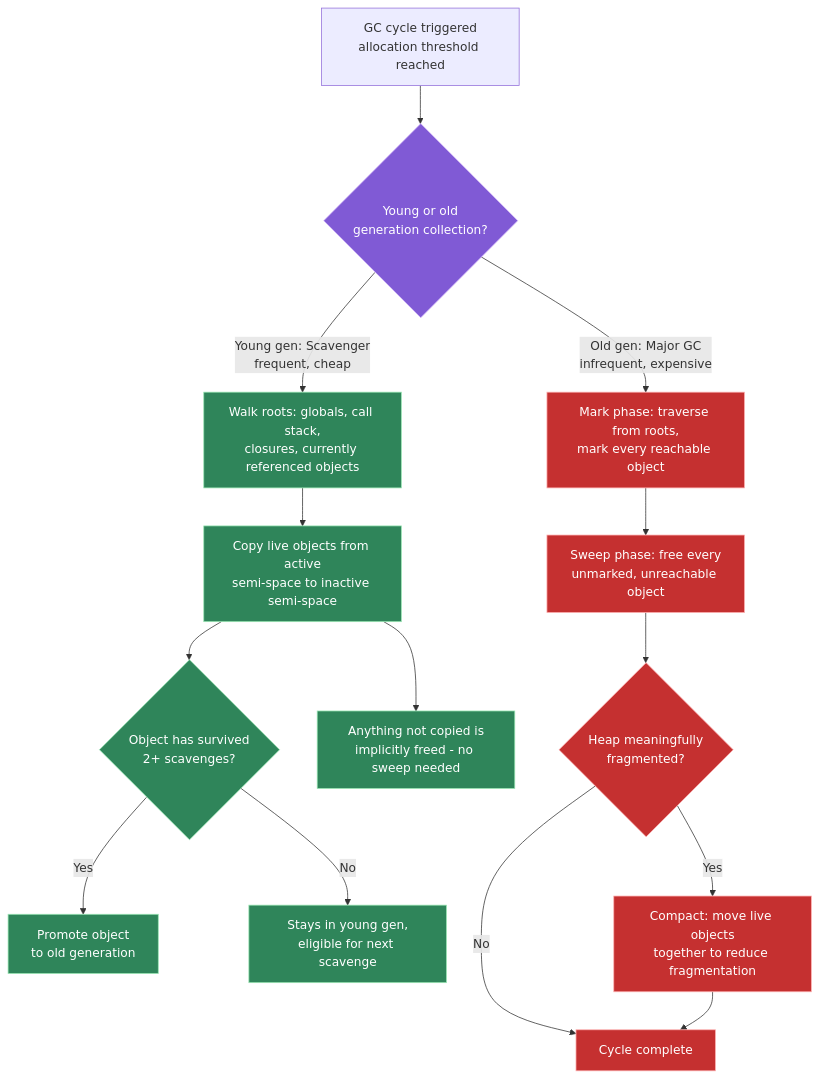
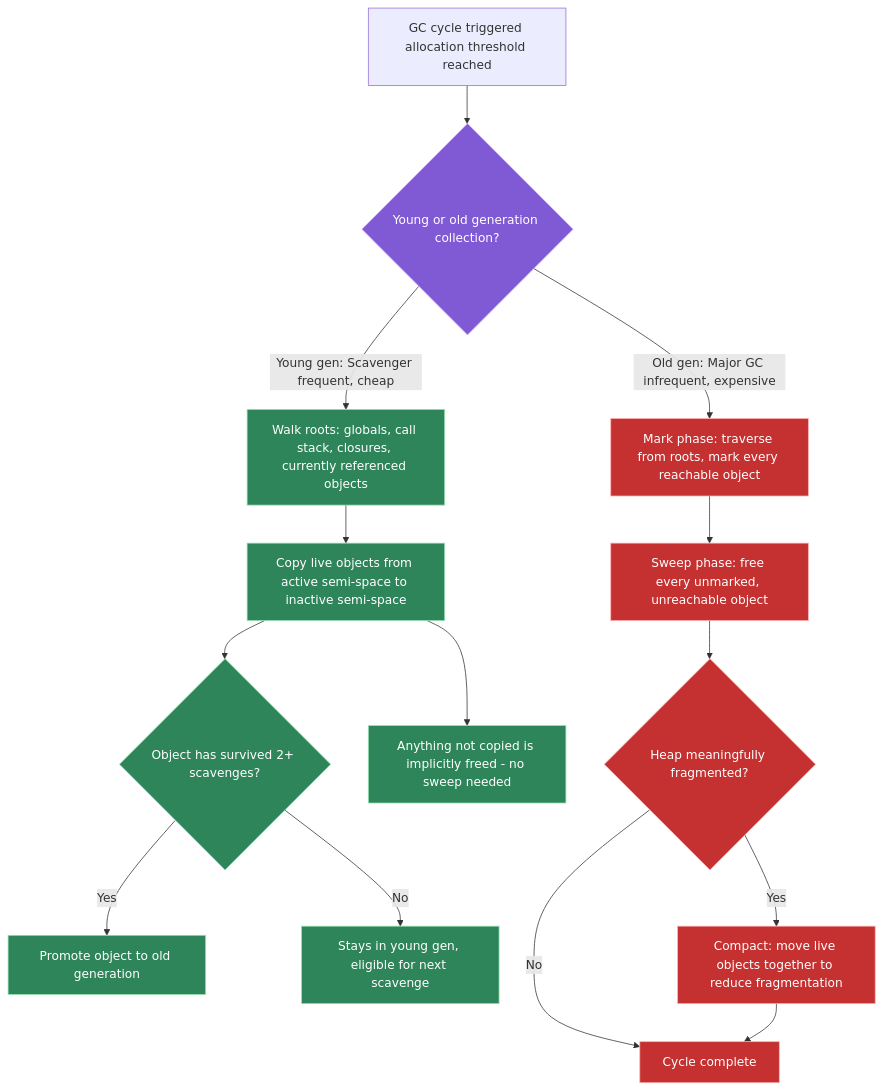
One commit to vinayakhumberi/litmus changed the first of 2 diagrams in data/topics/memory-management-gc.md. Above: the diagram before and after it, drawn with Mermaid. The commit also changed 68 other files, not shown here.

````diff
--- a/data/topics/memory-management-gc.md
+++ b/data/topics/memory-management-gc.md
@@ -103,24 +103,24 @@
 ```mermaid
 graph TD
-    A["GC cycle triggered<br>allocation threshold reached"] --> B{"Young or old<br>generation collection?"}
-    B -- "Young gen: Scavenger<br>frequent, cheap" --> C["Walk roots: globals, call stack,<br>closures, currently referenced objects"]
-    C --> D["Copy live objects from active<br>semi-space to inactive semi-space"]
-    D --> E{"Object has survived<br>2+ scavenges?"}
-    E -- "Yes" --> F["Promote object<br>to old generation"]
-    E -- "No" --> G["Stays in young gen,<br>eligible for next scavenge"]
-    D --> H["Anything not copied is<br>implicitly freed - no sweep needed"]
-    B -- "Old gen: Major GC<br>infrequent, expensive" --> I["Mark phase: traverse from roots,<br>mark every reachable object"]
-    I --> J["Sweep phase: free every<br>unmarked, unreachable object"]
-    J --> K{"Heap meaningfully<br>fragmented?"}
-    K -- "Yes" --> L["Compact: move live objects<br>together to reduce fragmentation"]
+    A["GC cycle triggered allocation threshold reached"] --> B{"Young or old generation collection?"}
+    B -- "Young gen: Scavenger frequent, cheap" --> C["Walk roots: globals, call stack, closures, currently referenced objects"]
+    C --> D["Copy live objects from active semi-space to inactive semi-space"]
+    D --> E{"Object has survived 2+ scavenges?"}
+    E -- "Yes" --> F["Promote object to old generation"]
+    E -- "No" --> G["Stays in young gen, eligible for next scavenge"]
+    D --> H["Anything not copied is implicitly freed - no sweep needed"]
+    B -- "Old gen: Major GC infrequent, expensive" --> I["Mark phase: traverse from roots, mark every reachable object"]
+    I --> J["Sweep phase: free every unmarked, unreachable object"]
+    J --> K{"Heap meaningfully fragmented?"}
+    K -- "Yes" --> L["Compact: move live objects together to reduce fragmentation"]
     K -- "No" --> M["Cycle complete"]
     L --> M
 
     classDef young fill:#2f855a,stroke:#9ae6b4,color:#fff
     classDef old fill:#c53030,stroke:#feb2b2,color:#fff
     classDef decision fill:#805ad5,stroke:#d6bcfa,color:#fff
 
     class C,D,E,F,G,H young
     class I,J,K,L,M old
     class B decision
 ```
````
